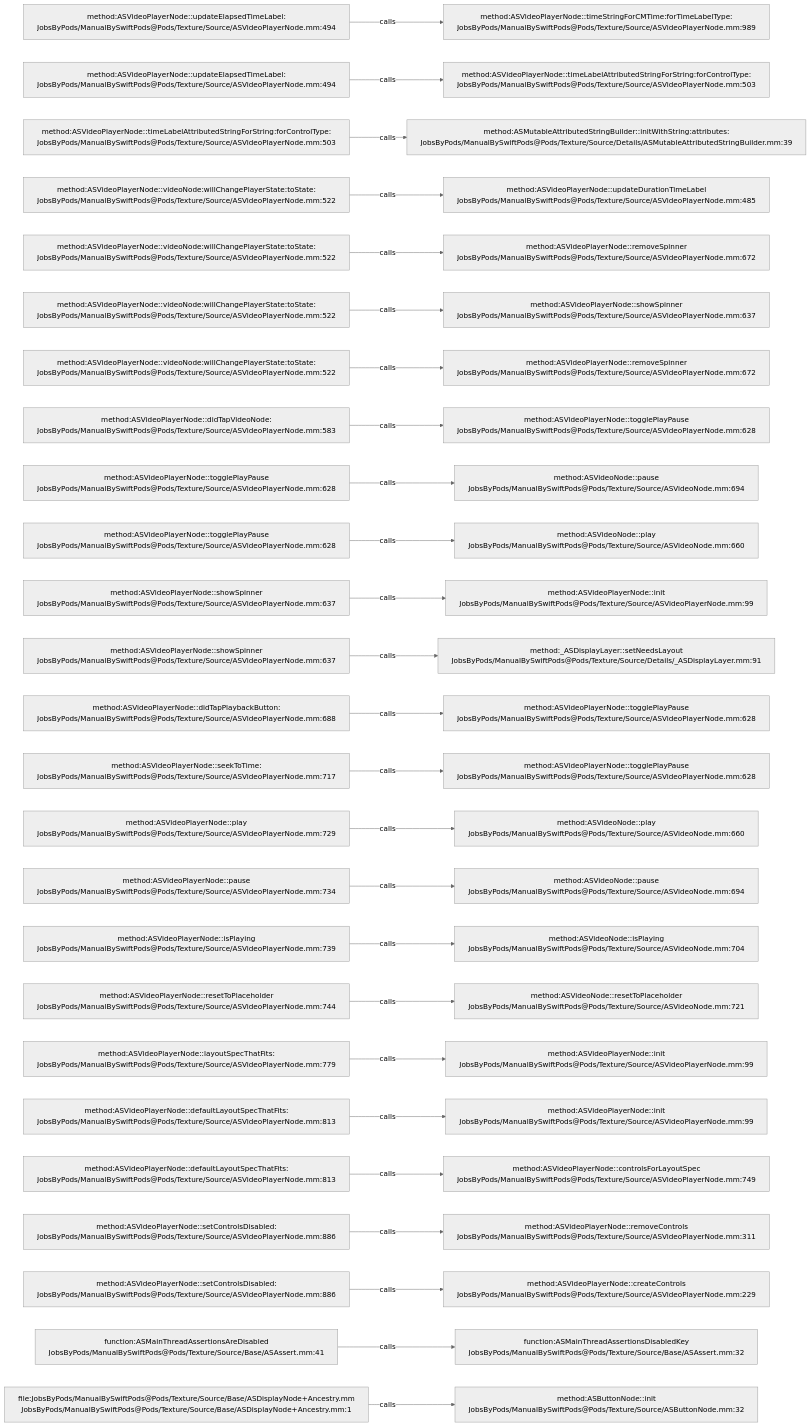
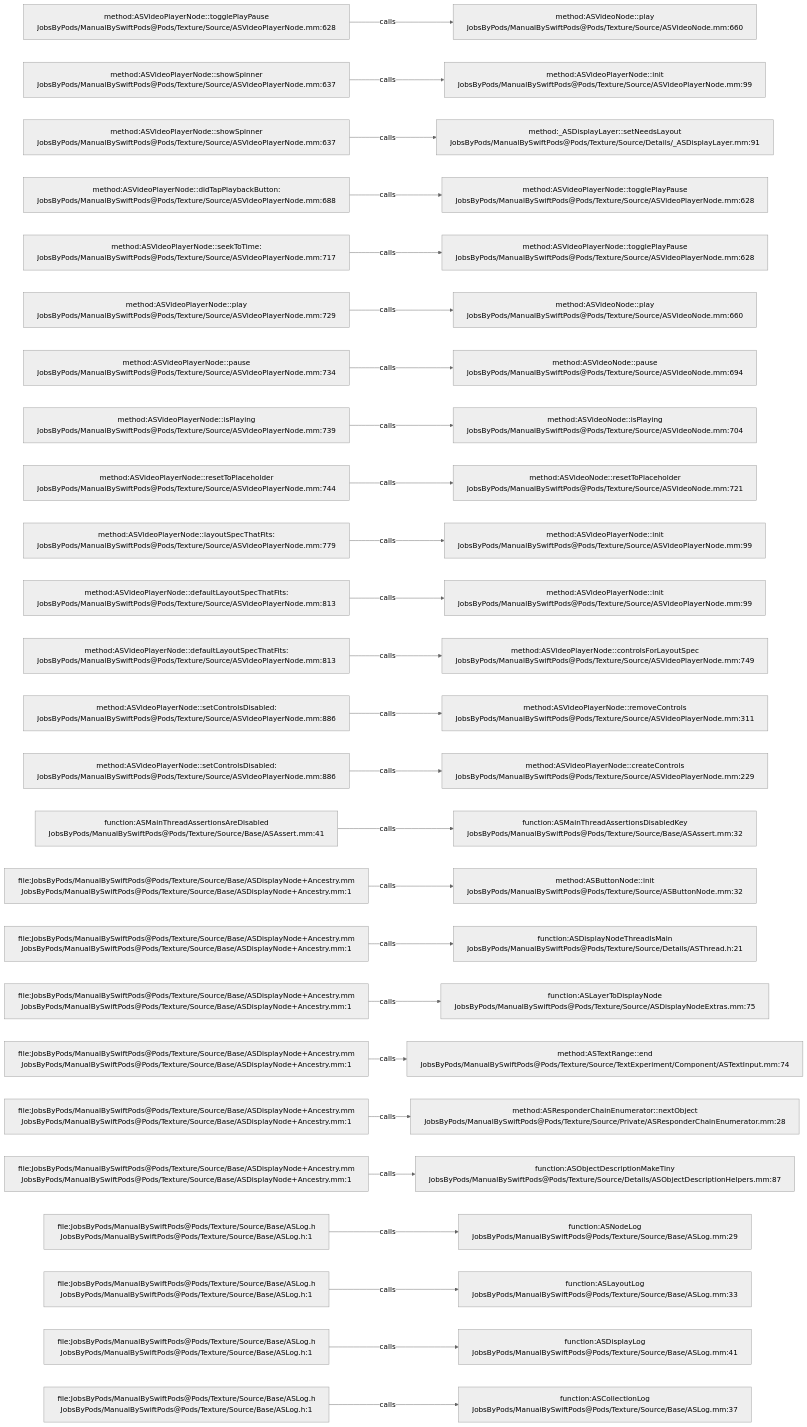
Before and after one commit to JobsKits/JobsSwiftBaseConfigDemo: the diagram in .codegraph/codegraph.md/graphs/calls-078.md, drawn with Mermaid (neutral theme). The commit also changed 707 other files, not shown here.

````diff
--- a/.codegraph/codegraph.md/graphs/calls-078.md
+++ b/.codegraph/codegraph.md/graphs/calls-078.md
@@ -13,78 +13,78 @@
 ```mermaid
 flowchart LR
-  S1["method:ASVideoPlayerNode::updateElapsedTimeLabel:<br/>JobsByPods/ManualBySwiftPods@Pods/Texture/Source/ASVideoPlayerNode.mm:494"]
-  T1["method:ASVideoPlayerNode::timeStringForCMTime:forTimeLabelType:<br/>JobsByPods/ManualBySwiftPods@Pods/Texture/Source/ASVideoPlayerNode.mm:989"]
+  S1["method:ASVideoPlayerNode::togglePlayPause<br/>JobsByPods/ManualBySwiftPods@Pods/Texture/Source/ASVideoPlayerNode.mm:628"]
+  T1["method:ASVideoNode::play<br/>JobsByPods/ManualBySwiftPods@Pods/Texture/Source/ASVideoNode.mm:660"]
   S1 -->|calls| T1
-  S2["method:ASVideoPlayerNode::updateElapsedTimeLabel:<br/>JobsByPods/ManualBySwiftPods@Pods/Texture/Source/ASVideoPlayerNode.mm:494"]
-  T2["method:ASVideoPlayerNode::timeLabelAttributedStringForString:forControlType:<br/>JobsByPods/ManualBySwiftPods@Pods/Texture/Source/ASVideoPlayerNode.mm:503"]
+  S2["method:ASVideoPlayerNode::showSpinner<br/>JobsByPods/ManualBySwiftPods@Pods/Texture/Source/ASVideoPlayerNode.mm:637"]
+  T2["method:ASVideoPlayerNode::init<br/>JobsByPods/ManualBySwiftPods@Pods/Texture/Source/ASVideoPlayerNode.mm:99"]
   S2 -->|calls| T2
-  S3["method:ASVideoPlayerNode::timeLabelAttributedStringForString:forControlType:<br/>JobsByPods/ManualBySwiftPods@Pods/Texture/Source/ASVideoPlayerNode.mm:503"]
-  T3["method:ASMutableAttributedStringBuilder::initWithString:attributes:<br/>JobsByPods/ManualBySwiftPods@Pods/Texture/Source/Details/ASMutableAttributedStringBuilder.mm:39"]
+  S3["method:ASVideoPlayerNode::showSpinner<br/>JobsByPods/ManualBySwiftPods@Pods/Texture/Source/ASVideoPlayerNode.mm:637"]
+  T3["method:_ASDisplayLayer::setNeedsLayout<br/>JobsByPods/ManualBySwiftPods@Pods/Texture/Source/Details/_ASDisplayLayer.mm:91"]
   S3 -->|calls| T3
-  S4["method:ASVideoPlayerNode::videoNode:willChangePlayerState:toState:<br/>JobsByPods/ManualBySwiftPods@Pods/Texture/Source/ASVideoPlayerNode.mm:522"]
-  T4["method:ASVideoPlayerNode::updateDurationTimeLabel<br/>JobsByPods/ManualBySwiftPods@Pods/Texture/Source/ASVideoPlayerNode.mm:485"]
+  S4["method:ASVideoPlayerNode::didTapPlaybackButton:<br/>JobsByPods/ManualBySwiftPods@Pods/Texture/Source/ASVideoPlayerNode.mm:688"]
+  T4["method:ASVideoPlayerNode::togglePlayPause<br/>JobsByPods/ManualBySwiftPods@Pods/Texture/Source/ASVideoPlayerNode.mm:628"]
   S4 -->|calls| T4
-  S5["method:ASVideoPlayerNode::videoNode:willChangePlayerState:toState:<br/>JobsByPods/ManualBySwiftPods@Pods/Texture/Source/ASVideoPlayerNode.mm:522"]
-  T5["method:ASVideoPlayerNode::removeSpinner<br/>JobsByPods/ManualBySwiftPods@Pods/Texture/Source/ASVideoPlayerNode.mm:672"]
+  S5["method:ASVideoPlayerNode::seekToTime:<br/>JobsByPods/ManualBySwiftPods@Pods/Texture/Source/ASVideoPlayerNode.mm:717"]
+  T5["method:ASVideoPlayerNode::togglePlayPause<br/>JobsByPods/ManualBySwiftPods@Pods/Texture/Source/ASVideoPlayerNode.mm:628"]
   S5 -->|calls| T5
-  S6["method:ASVideoPlayerNode::videoNode:willChangePlayerState:toState:<br/>JobsByPods/ManualBySwiftPods@Pods/Texture/Source/ASVideoPlayerNode.mm:522"]
-  T6["method:ASVideoPlayerNode::showSpinner<br/>JobsByPods/ManualBySwiftPods@Pods/Texture/Source/ASVideoPlayerNode.mm:637"]
+  S6["method:ASVideoPlayerNode::play<br/>JobsByPods/ManualBySwiftPods@Pods/Texture/Source/ASVideoPlayerNode.mm:729"]
+  T6["method:ASVideoNode::play<br/>JobsByPods/ManualBySwiftPods@Pods/Texture/Source/ASVideoNode.mm:660"]
   S6 -->|calls| T6
-  S7["method:ASVideoPlayerNode::videoNode:willChangePlayerState:toState:<br/>JobsByPods/ManualBySwiftPods@Pods/Texture/Source/ASVideoPlayerNode.mm:522"]
-  T7["method:ASVideoPlayerNode::removeSpinner<br/>JobsByPods/ManualBySwiftPods@Pods/Texture/Source/ASVideoPlayerNode.mm:672"]
+  S7["method:ASVideoPlayerNode::pause<br/>JobsByPods/ManualBySwiftPods@Pods/Texture/Source/ASVideoPlayerNode.mm:734"]
+  T7["method:ASVideoNode::pause<br/>JobsByPods/ManualBySwiftPods@Pods/Texture/Source/ASVideoNode.mm:694"]
   S7 -->|calls| T7
-  S8["method:ASVideoPlayerNode::didTapVideoNode:<br/>JobsByPods/ManualBySwiftPods@Pods/Texture/Source/ASVideoPlayerNode.mm:583"]
-  T8["method:ASVideoPlayerNode::togglePlayPause<br/>JobsByPods/ManualBySwiftPods@Pods/Texture/Source/ASVideoPlayerNode.mm:628"]
+  S8["method:ASVideoPlayerNode::isPlaying<br/>JobsByPods/ManualBySwiftPods@Pods/Texture/Source/ASVideoPlayerNode.mm:739"]
+  T8["method:ASVideoNode::isPlaying<br/>JobsByPods/ManualBySwiftPods@Pods/Texture/Source/ASVideoNode.mm:704"]
   S8 -->|calls| T8
-  S9["method:ASVideoPlayerNode::togglePlayPause<br/>JobsByPods/ManualBySwiftPods@Pods/Texture/Source/ASVideoPlayerNode.mm:628"]
-  T9["method:ASVideoNode::pause<br/>JobsByPods/ManualBySwiftPods@Pods/Texture/Source/ASVideoNode.mm:694"]
+  S9["method:ASVideoPlayerNode::resetToPlaceholder<br/>JobsByPods/ManualBySwiftPods@Pods/Texture/Source/ASVideoPlayerNode.mm:744"]
+  T9["method:ASVideoNode::resetToPlaceholder<br/>JobsByPods/ManualBySwiftPods@Pods/Texture/Source/ASVideoNode.mm:721"]
   S9 -->|calls| T9
-  S10["method:ASVideoPlayerNode::togglePlayPause<br/>JobsByPods/ManualBySwiftPods@Pods/Texture/Source/ASVideoPlayerNode.mm:628"]
-  T10["method:ASVideoNode::play<br/>JobsByPods/ManualBySwiftPods@Pods/Texture/Source/ASVideoNode.mm:660"]
+  S10["method:ASVideoPlayerNode::layoutSpecThatFits:<br/>JobsByPods/ManualBySwiftPods@Pods/Texture/Source/ASVideoPlayerNode.mm:779"]
+  T10["method:ASVideoPlayerNode::init<br/>JobsByPods/ManualBySwiftPods@Pods/Texture/Source/ASVideoPlayerNode.mm:99"]
   S10 -->|calls| T10
-  S11["method:ASVideoPlayerNode::showSpinner<br/>JobsByPods/ManualBySwiftPods@Pods/Texture/Source/ASVideoPlayerNode.mm:637"]
+  S11["method:ASVideoPlayerNode::defaultLayoutSpecThatFits:<br/>JobsByPods/ManualBySwiftPods@Pods/Texture/Source/ASVideoPlayerNode.mm:813"]
   T11["method:ASVideoPlayerNode::init<br/>JobsByPods/ManualBySwiftPods@Pods/Texture/Source/ASVideoPlayerNode.mm:99"]
   S11 -->|calls| T11
-  S12["method:ASVideoPlayerNode::showSpinner<br/>JobsByPods/ManualBySwiftPods@Pods/Texture/Source/ASVideoPlayerNode.mm:637"]
-  T12["method:_ASDisplayLayer::setNeedsLayout<br/>JobsByPods/ManualBySwiftPods@Pods/Texture/Source/Details/_ASDisplayLayer.mm:91"]
+  S12["method:ASVideoPlayerNode::defaultLayoutSpecThatFits:<br/>JobsByPods/ManualBySwiftPods@Pods/Texture/Source/ASVideoPlayerNode.mm:813"]
+  T12["method:ASVideoPlayerNode::controlsForLayoutSpec<br/>JobsByPods/ManualBySwiftPods@Pods/Texture/Source/ASVideoPlayerNode.mm:749"]
   S12 -->|calls| T12
-  S13["method:ASVideoPlayerNode::didTapPlaybackButton:<br/>JobsByPods/ManualBySwiftPods@Pods/Texture/Source/ASVideoPlayerNode.mm:688"]
-  T13["method:ASVideoPlayerNode::togglePlayPause<br/>JobsByPods/ManualBySwiftPods@Pods/Texture/Source/ASVideoPlayerNode.mm:628"]
+  S13["method:ASVideoPlayerNode::setControlsDisabled:<br/>JobsByPods/ManualBySwiftPods@Pods/Texture/Source/ASVideoPlayerNode.mm:886"]
+  T13["method:ASVideoPlayerNode::removeControls<br/>JobsByPods/ManualBySwiftPods@Pods/Texture/Source/ASVideoPlayerNode.mm:311"]
   S13 -->|calls| T13
-  S14["method:ASVideoPlayerNode::seekToTime:<br/>JobsByPods/ManualBySwiftPods@Pods/Texture/Source/ASVideoPlayerNode.mm:717"]
-  T14["method:ASVideoPlayerNode::togglePlayPause<br/>JobsByPods/ManualBySwiftPods@Pods/Texture/Source/ASVideoPlayerNode.mm:628"]
+  S14["method:ASVideoPlayerNode::setControlsDisabled:<br/>JobsByPods/ManualBySwiftPods@Pods/Texture/Source/ASVideoPlayerNode.mm:886"]
+  T14["method:ASVideoPlayerNode::createControls<br/>JobsByPods/ManualBySwiftPods@Pods/Texture/Source/ASVideoPlayerNode.mm:229"]
   S14 -->|calls| T14
-  S15["method:ASVideoPlayerNode::play<br/>JobsByPods/ManualBySwiftPods@Pods/Texture/Source/ASVideoPlayerNode.mm:729"]
-  T15["method:ASVideoNode::play<br/>JobsByPods/ManualBySwiftPods@Pods/Texture/Source/ASVideoNode.mm:660"]
+  S15["function:ASMainThreadAssertionsAreDisabled<br/>JobsByPods/ManualBySwiftPods@Pods/Texture/Source/Base/ASAssert.mm:41"]
+  T15["function:ASMainThreadAssertionsDisabledKey<br/>JobsByPods/ManualBySwiftPods@Pods/Texture/Source/Base/ASAssert.mm:32"]
   S15 -->|calls| T15
-  S16["method:ASVideoPlayerNode::pause<br/>JobsByPods/ManualBySwiftPods@Pods/Texture/Source/ASVideoPlayerNode.mm:734"]
-  T16["method:ASVideoNode::pause<br/>JobsByPods/ManualBySwiftPods@Pods/Texture/Source/ASVideoNode.mm:694"]
+  S16["file:JobsByPods/ManualBySwiftPods@Pods/Texture/Source/Base/ASDisplayNode+Ancestry.mm<br/>JobsByPods/ManualBySwiftPods@Pods/Texture/Source/Base/ASDisplayNode+Ancestry.mm:1"]
+  T16["method:ASButtonNode::init<br/>JobsByPods/ManualBySwiftPods@Pods/Texture/Source/ASButtonNode.mm:32"]
   S16 -->|calls| T16
-  S17["method:ASVideoPlayerNode::isPlaying<br/>JobsByPods/ManualBySwiftPods@Pods/Texture/Source/ASVideoPlayerNode.mm:739"]
-  T17["method:ASVideoNode::isPlaying<br/>JobsByPods/ManualBySwiftPods@Pods/Texture/Source/ASVideoNode.mm:704"]
+  S17["file:JobsByPods/ManualBySwiftPods@Pods/Texture/Source/Base/ASDisplayNode+Ancestry.mm<br/>JobsByPods/ManualBySwiftPods@Pods/Texture/Source/Base/ASDisplayNode+Ancestry.mm:1"]
+  T17["function:ASDisplayNodeThreadIsMain<br/>JobsByPods/ManualBySwiftPods@Pods/Texture/Source/Details/ASThread.h:21"]
   S17 -->|calls| T17
-  S18["method:ASVideoPlayerNode::resetToPlaceholder<br/>JobsByPods/ManualBySwiftPods@Pods/Texture/Source/ASVideoPlayerNode.mm:744"]
-  T18["method:ASVideoNode::resetToPlaceholder<br/>JobsByPods/ManualBySwiftPods@Pods/Texture/Source/ASVideoNode.mm:721"]
+  S18["file:JobsByPods/ManualBySwiftPods@Pods/Texture/Source/Base/ASDisplayNode+Ancestry.mm<br/>JobsByPods/ManualBySwiftPods@Pods/Texture/Source/Base/ASDisplayNode+Ancestry.mm:1"]
+  T18["function:ASLayerToDisplayNode<br/>JobsByPods/ManualBySwiftPods@Pods/Texture/Source/ASDisplayNodeExtras.mm:75"]
   S18 -->|calls| T18
-  S19["method:ASVideoPlayerNode::layoutSpecThatFits:<br/>JobsByPods/ManualBySwiftPods@Pods/Texture/Source/ASVideoPlayerNode.mm:779"]
-  T19["method:ASVideoPlayerNode::init<br/>JobsByPods/ManualBySwiftPods@Pods/Texture/Source/ASVideoPlayerNode.mm:99"]
+  S19["file:JobsByPods/ManualBySwiftPods@Pods/Texture/Source/Base/ASDisplayNode+Ancestry.mm<br/>JobsByPods/ManualBySwiftPods@Pods/Texture/Source/Base/ASDisplayNode+Ancestry.mm:1"]
+  T19["method:ASTextRange::end<br/>JobsByPods/ManualBySwiftPods@Pods/Texture/Source/TextExperiment/Component/ASTextInput.mm:74"]
   S19 -->|calls| T19
-  S20["method:ASVideoPlayerNode::defaultLayoutSpecThatFits:<br/>JobsByPods/ManualBySwiftPods@Pods/Texture/Source/ASVideoPlayerNode.mm:813"]
-  T20["method:ASVideoPlayerNode::init<br/>JobsByPods/ManualBySwiftPods@Pods/Texture/Source/ASVideoPlayerNode.mm:99"]
+  S20["file:JobsByPods/ManualBySwiftPods@Pods/Texture/Source/Base/ASDisplayNode+Ancestry.mm<br/>JobsByPods/ManualBySwiftPods@Pods/Texture/Source/Base/ASDisplayNode+Ancestry.mm:1"]
+  T20["method:ASResponderChainEnumerator::nextObject<br/>JobsByPods/ManualBySwiftPods@Pods/Texture/Source/Private/ASResponderChainEnumerator.mm:28"]
   S20 -->|calls| T20
-  S21["method:ASVideoPlayerNode::defaultLayoutSpecThatFits:<br/>JobsByPods/ManualBySwiftPods@Pods/Texture/Source/ASVideoPlayerNode.mm:813"]
-  T21["method:ASVideoPlayerNode::controlsForLayoutSpec<br/>JobsByPods/ManualBySwiftPods@Pods/Texture/Source/ASVideoPlayerNode.mm:749"]
+  S21["file:JobsByPods/ManualBySwiftPods@Pods/Texture/Source/Base/ASDisplayNode+Ancestry.mm<br/>JobsByPods/ManualBySwiftPods@Pods/Texture/Source/Base/ASDisplayNode+Ancestry.mm:1"]
+  T21["function:ASObjectDescriptionMakeTiny<br/>JobsByPods/ManualBySwiftPods@Pods/Texture/Source/Details/ASObjectDescriptionHelpers.mm:87"]
   S21 -->|calls| T21
-  S22["method:ASVideoPlayerNode::setControlsDisabled:<br/>JobsByPods/ManualBySwiftPods@Pods/Texture/Source/ASVideoPlayerNode.mm:886"]
-  T22["method:ASVideoPlayerNode::removeControls<br/>JobsByPods/ManualBySwiftPods@Pods/Texture/Source/ASVideoPlayerNode.mm:311"]
+  S22["file:JobsByPods/ManualBySwiftPods@Pods/Texture/Source/Base/ASLog.h<br/>JobsByPods/ManualBySwiftPods@Pods/Texture/Source/Base/ASLog.h:1"]
+  T22["function:ASNodeLog<br/>JobsByPods/ManualBySwiftPods@Pods/Texture/Source/Base/ASLog.mm:29"]
   S22 -->|calls| T22
-  S23["method:ASVideoPlayerNode::setControlsDisabled:<br/>JobsByPods/ManualBySwiftPods@Pods/Texture/Source/ASVideoPlayerNode.mm:886"]
-  T23["method:ASVideoPlayerNode::createControls<br/>JobsByPods/ManualBySwiftPods@Pods/Texture/Source/ASVideoPlayerNode.mm:229"]
+  S23["file:JobsByPods/ManualBySwiftPods@Pods/Texture/Source/Base/ASLog.h<br/>JobsByPods/ManualBySwiftPods@Pods/Texture/Source/Base/ASLog.h:1"]
+  T23["function:ASLayoutLog<br/>JobsByPods/ManualBySwiftPods@Pods/Texture/Source/Base/ASLog.mm:33"]
   S23 -->|calls| T23
-  S24["function:ASMainThreadAssertionsAreDisabled<br/>JobsByPods/ManualBySwiftPods@Pods/Texture/Source/Base/ASAssert.mm:41"]
-  T24["function:ASMainThreadAssertionsDisabledKey<br/>JobsByPods/ManualBySwiftPods@Pods/Texture/Source/Base/ASAssert.mm:32"]
+  S24["file:JobsByPods/ManualBySwiftPods@Pods/Texture/Source/Base/ASLog.h<br/>JobsByPods/ManualBySwiftPods@Pods/Texture/Source/Base/ASLog.h:1"]
+  T24["function:ASDisplayLog<br/>JobsByPods/ManualBySwiftPods@Pods/Texture/Source/Base/ASLog.mm:41"]
   S24 -->|calls| T24
-  S25["file:JobsByPods/ManualBySwiftPods@Pods/Texture/Source/Base/ASDisplayNode+Ancestry.mm<br/>JobsByPods/ManualBySwiftPods@Pods/Texture/Source/Base/ASDisplayNode+Ancestry.mm:1"]
-  T25["method:ASButtonNode::init<br/>JobsByPods/ManualBySwiftPods@Pods/Texture/Source/ASButtonNode.mm:32"]
+  S25["file:JobsByPods/ManualBySwiftPods@Pods/Texture/Source/Base/ASLog.h<br/>JobsByPods/ManualBySwiftPods@Pods/Texture/Source/Base/ASLog.h:1"]
+  T25["function:ASCollectionLog<br/>JobsByPods/ManualBySwiftPods@Pods/Texture/Source/Base/ASLog.mm:37"]
   S25 -->|calls| T25
 ```
````
